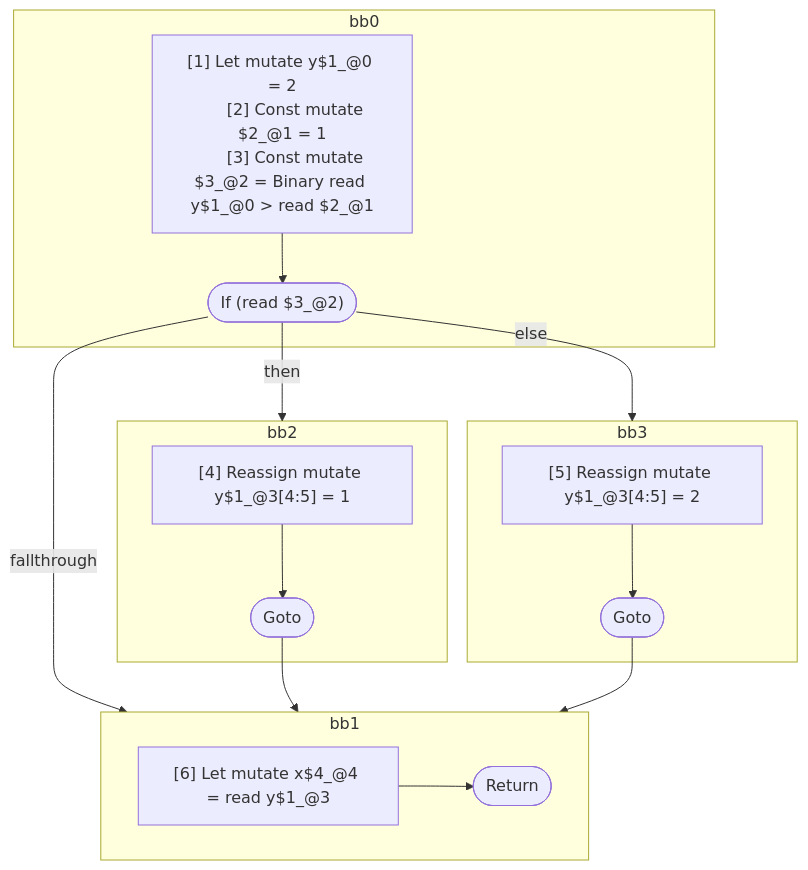
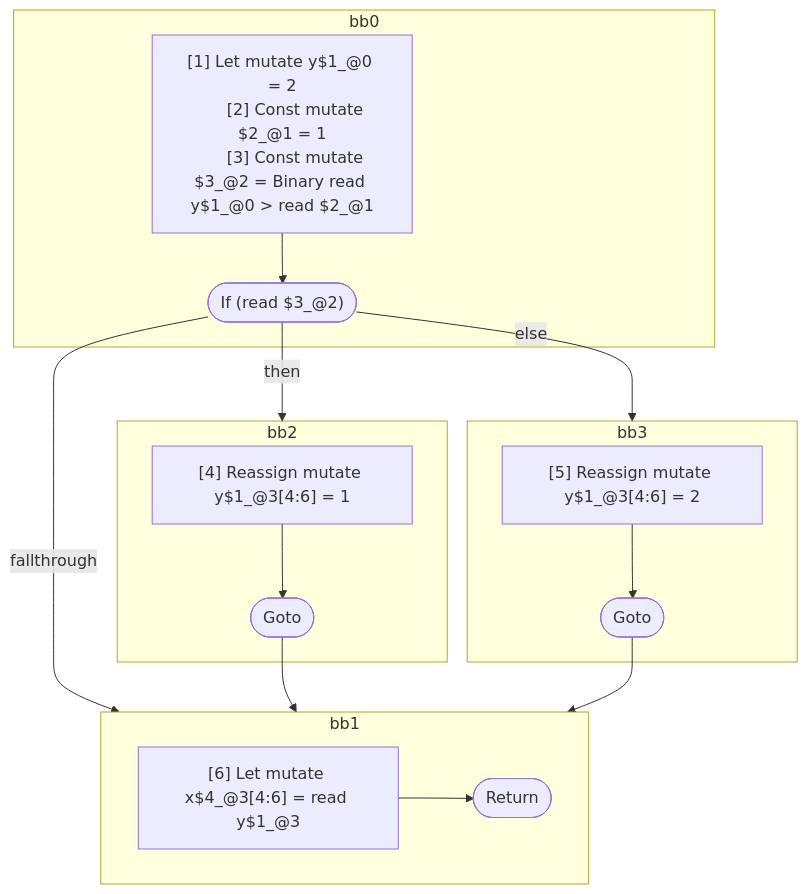
One commit to wutsmog/private changed the diagram in compiler/forget/src/__tests__/fixtures/hir/ssa-simple-phi.expect.md. Above: the diagram before and after it, drawn with Mermaid. The commit also changed other lines of this file and 13 other files, not shown here.

````diff
--- a/compiler/forget/src/__tests__/fixtures/hir/ssa-simple-phi.expect.md
+++ b/compiler/forget/src/__tests__/fixtures/hir/ssa-simple-phi.expect.md
@@ -43,38 +43,38 @@
 ```mermaid
 flowchart TB
   %% Basic Blocks
   subgraph bb0
     bb0_instrs["
       [1] Let mutate y$1_@0 = 2
       [2] Const mutate $2_@1 = 1
       [3] Const mutate $3_@2 = Binary read y$1_@0 > read $2_@1
     "]
     bb0_instrs --> bb0_terminal(["If (read $3_@2)"])
   end
   subgraph bb2
     bb2_instrs["
-      [4] Reassign mutate y$1_@3[4:5] = 1
+      [4] Reassign mutate y$1_@3[4:6] = 1
     "]
     bb2_instrs --> bb2_terminal(["Goto"])
   end
   subgraph bb3
     bb3_instrs["
-      [5] Reassign mutate y$1_@3[4:5] = 2
+      [5] Reassign mutate y$1_@3[4:6] = 2
     "]
     bb3_instrs --> bb3_terminal(["Goto"])
   end
   subgraph bb1
     bb1_instrs["
-      [6] Let mutate x$4_@4 = read y$1_@3
+      [6] Let mutate x$4_@3[4:6] = read y$1_@3
     "]
     bb1_instrs --> bb1_terminal(["Return"])
   end
 
   %% Jumps
   bb0_terminal -- "then" --> bb2
   bb0_terminal -- "else" --> bb3
   bb0_terminal -- "fallthrough" --> bb1
   bb2_terminal --> bb1
   bb3_terminal --> bb1
 
 ```
````
